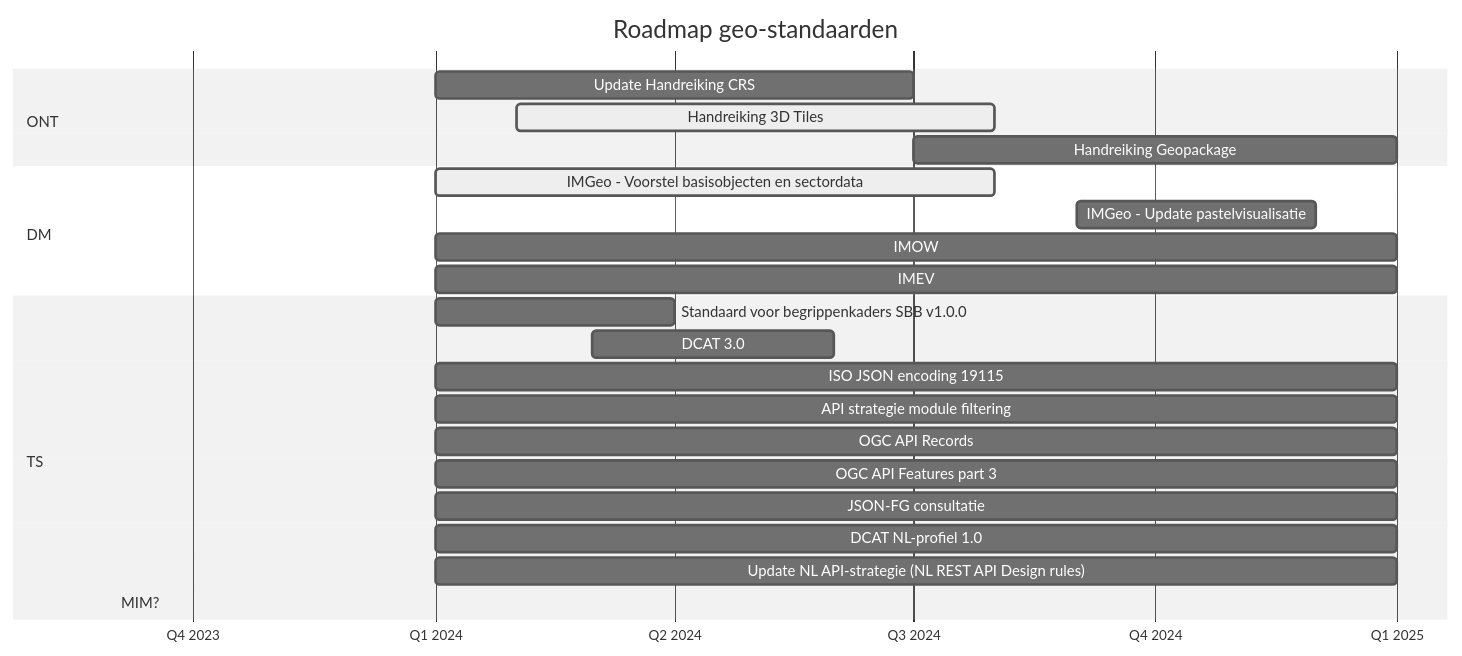
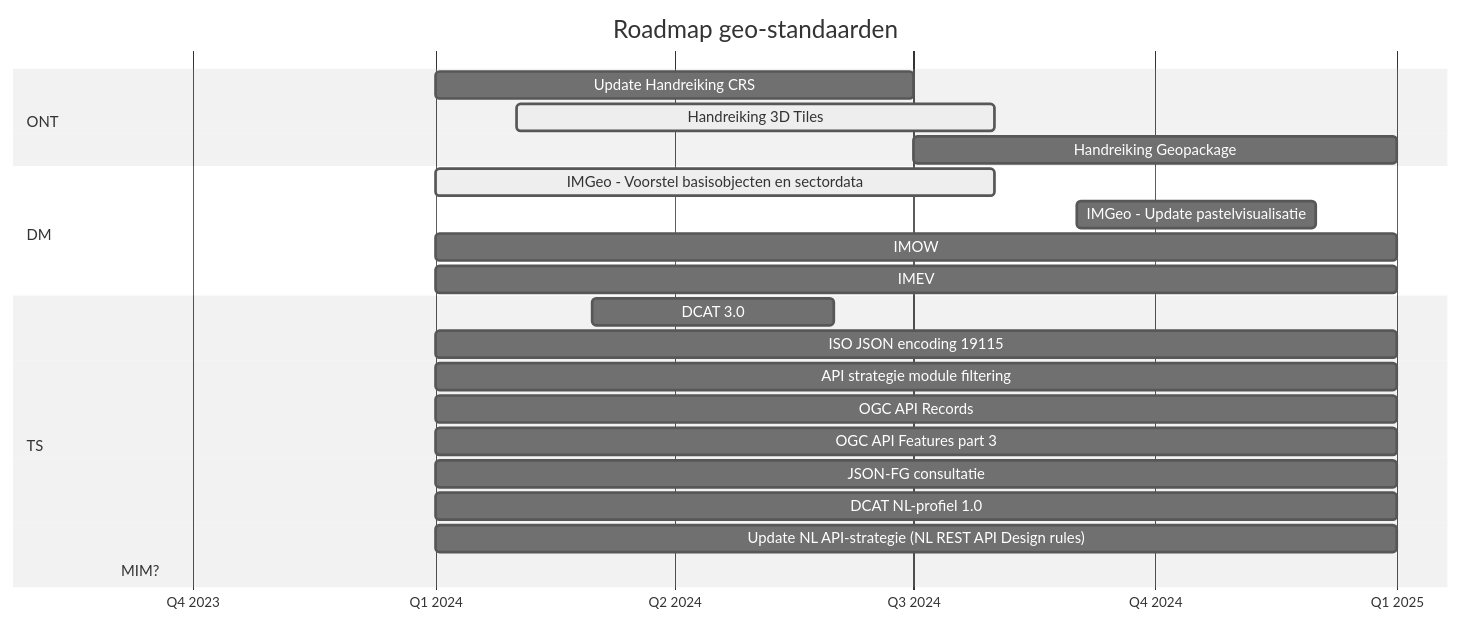
One commit to Geonovum/roadmap-geostandaarden changed the diagram in roadmap.mmd. Above: the diagram before and after it, drawn with Mermaid (neutral theme).

```diff
--- a/roadmap.mmd
+++ b/roadmap.mmd
@@ -1,47 +1,47 @@
 gantt
     title Roadmap geo-standaarden
     dateFormat YYYY-M
     axisFormat Q%q %Y
     tickInterval 3month
     section ONT
         %% Consultatie GeoPackage and Spatial Schema   :done,      2023-07, 3M
         % Update PTOLU Geo-standaarden                :done,    2023-10, 6M
         %% PoC Rechtendelegatie (oAuth)                :           2023-10, 3M
         %% OGC Code Sprint                             :           2023-10, 1M        
         %%Consultatie IMX-Geo                         :           2024-01, 3M
         Update Handreiking CRS                      :           2024-01, 6M        
         Handreiking 3D Tiles                        :active,          2024-02, 6M
         Handreiking Geopackage                      :           2024-07, 6M
         
     section DM        
         %%IMEV 2.0                                    :done,    2023-10, 3M
         %%IMG                                         :done,    2023-10, 3M
         IMGeo - Voorstel basisobjecten en sectordata:active,    2024-01, 7M
         IMGeo - Update pastelvisualisatie                :      2024-09, 3M
         IMOW                                        :           2024-01, 12M
         IMEV                                        :           2024-01, 12M
         %% IMKL                                        :           2023-09, 
         %% IMKAD                                       :           2023-09, 
         %% IMWOZ                                       :           2023-09, 
         %% IMBAG                                       :           2023-09, 
         %% IMBOR                                       :           2023-09, 
         %% GWSW                                        :           2023-09, 
         %% IMNA                                        :           2023-09, 
         %% IMDBK / IMROI                               :           2023-09, 
         %% BRT.Next                                    :           2023-09, 
 
     section TS
         %%GeoPackage 1.4                              :active,    2023-10, 3M
         %%CityJSON 2.0                                :active,    2023-10, 3M
         %%OGC Training DML-AI 1.0                     :active,    2023-10, 3M
         %%Consultatie standaard voor begrippenkaders  :           2023-10, 3M        
-        Standaard voor begrippenkaders SBB v1.0.0       :           2024-01, 3M
+        %Standaard voor begrippenkaders SBB v1.0.0       :           2024-01, 3M
         DCAT 3.0                                    :           2024-03, 3M 
         ISO JSON encoding 19115                     :           2024-01, 12M
         API strategie module filtering              :           2024-01, 12M
         OGC API Records                             :           2024-01, 12M
         OGC API Features part 3                     :           2024-01, 12M
         JSON-FG consultatie                         :           2024-01, 12M
         DCAT NL-profiel 1.0                         :           2024-01, 12M
         Update NL API-strategie (NL REST API Design rules) :    2024-01, 12M
         MIM?                                               :    2023-09,
```
